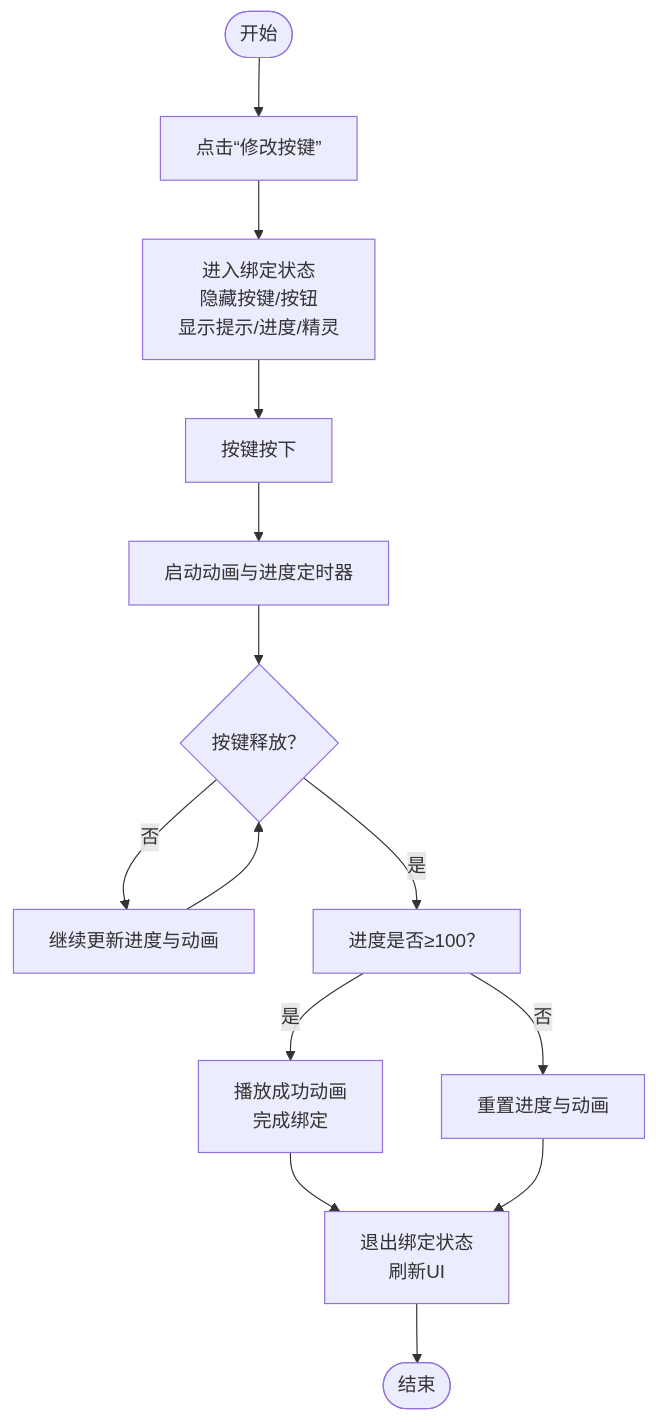
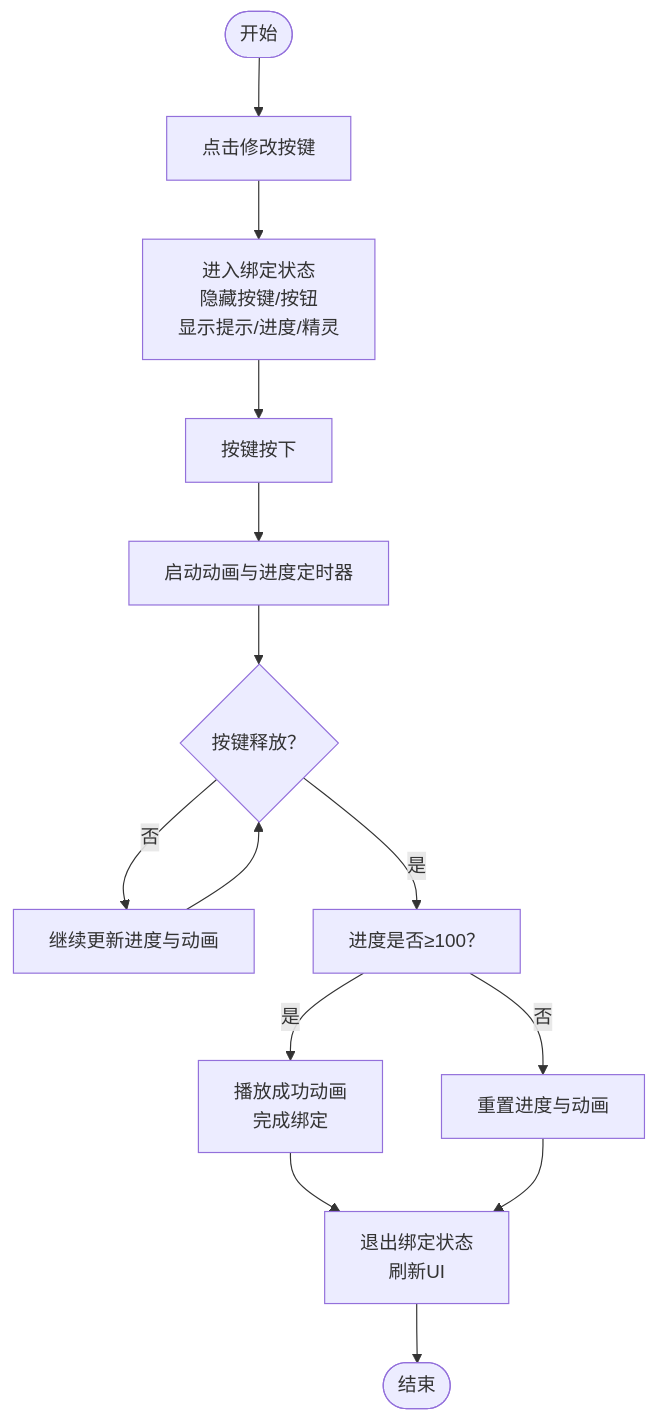
The third of 4 diagrams in .qoder/repowiki/zh/content/开发指南/调试与测试.md (Hankun-P/wireless-keyboard-toy), drawn with Mermaid before and after one commit. The commit also changed other lines of this file and 11 other files, not shown here.

````diff
--- a/.qoder/repowiki/zh/content/开发指南/调试与测试.md
+++ b/.qoder/repowiki/zh/content/开发指南/调试与测试.md
@@ -145,16 +164,16 @@
 ```mermaid
 flowchart TD
-Start(["开始"]) --> Click["点击“修改按键”"]
+Start(["开始"]) --> Click["点击"修改按键""]
 Click --> EnterBind["进入绑定状态<br/>隐藏按键/按钮<br/>显示提示/进度/精灵"]
 EnterBind --> Press["按键按下"]
 Press --> StartTimers["启动动画与进度定时器"]
 StartTimers --> Release{"按键释放？"}
 Release --> |否| Update["继续更新进度与动画"]
 Update --> Release
 Release --> |是| Check["进度是否≥100？"]
 Check --> |是| Success["播放成功动画<br/>完成绑定"]
 Check --> |否| Reset["重置进度与动画"]
 Success --> ExitBind["退出绑定状态<br/>刷新UI"]
 Reset --> ExitBind
 ExitBind --> End(["结束"])
 ```
````
